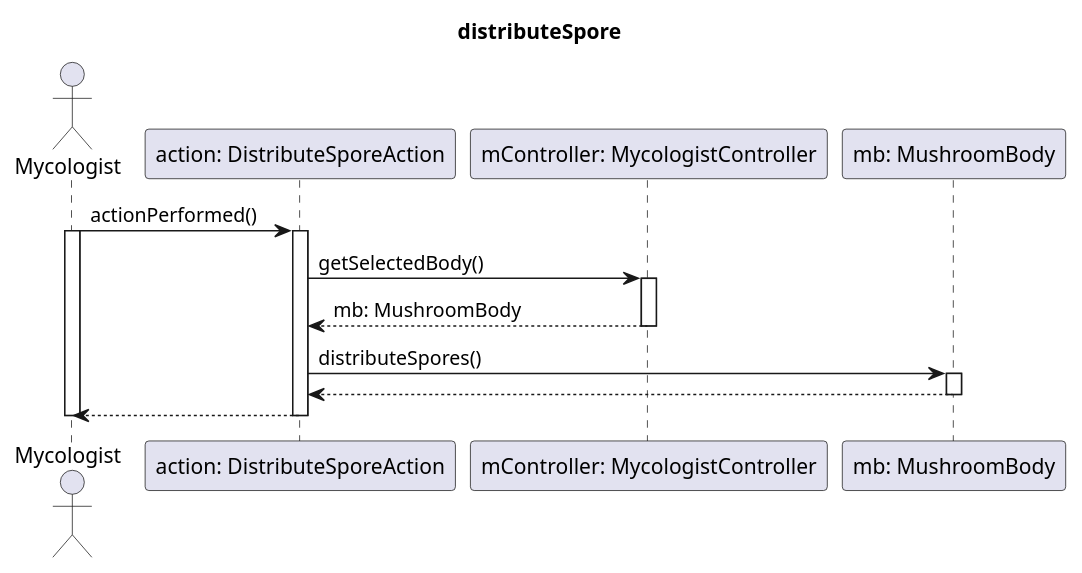
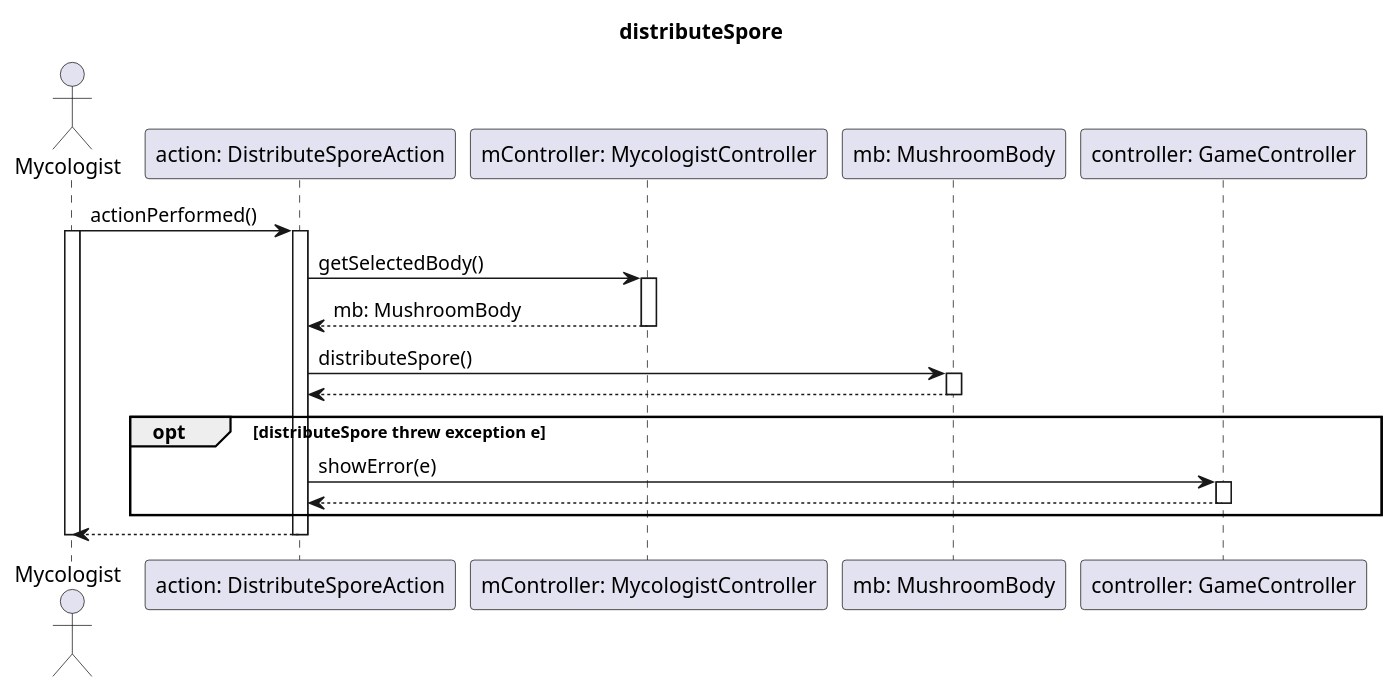
The diagram in diagrams/mvc-sequence/distributeSpore.puml (dzsem/projlab), drawn with PlantUML before and after one commit. The commit also changed 3 other files, not shown here.

```diff
--- a/diagrams/mvc-sequence/distributeSpore.puml
+++ b/diagrams/mvc-sequence/distributeSpore.puml
@@ -1,31 +1,40 @@
 @startuml distributeSporeMVC
 
 title distributeSpore
 actor "Mycologist" as mc
 participant "action: DistributeSporeAction" as act
 participant "mController: MycologistController" as mctr
 participant "mb: MushroomBody" as mb
+participant "controller: GameController" as ctr
 
 
 mc -> act: actionPerformed()
 activate mc
 activate act
 
 act -> mctr: getSelectedBody()
 activate mctr
 
 act <-- mctr: mb: MushroomBody
 deactivate mctr
 
-act -> mb: distributeSpores()
+act -> mb: distributeSpore()
 activate mb
 
 act <-- mb
 deactivate mb
+
+opt distributeSpore threw exception e
+    act -> ctr: showError(e)
+    activate ctr
+
+    act <-- ctr
+    deactivate ctr
+end
 
 mc <-- act
 deactivate act
 
 deactivate mc
 
 @enduml
```
